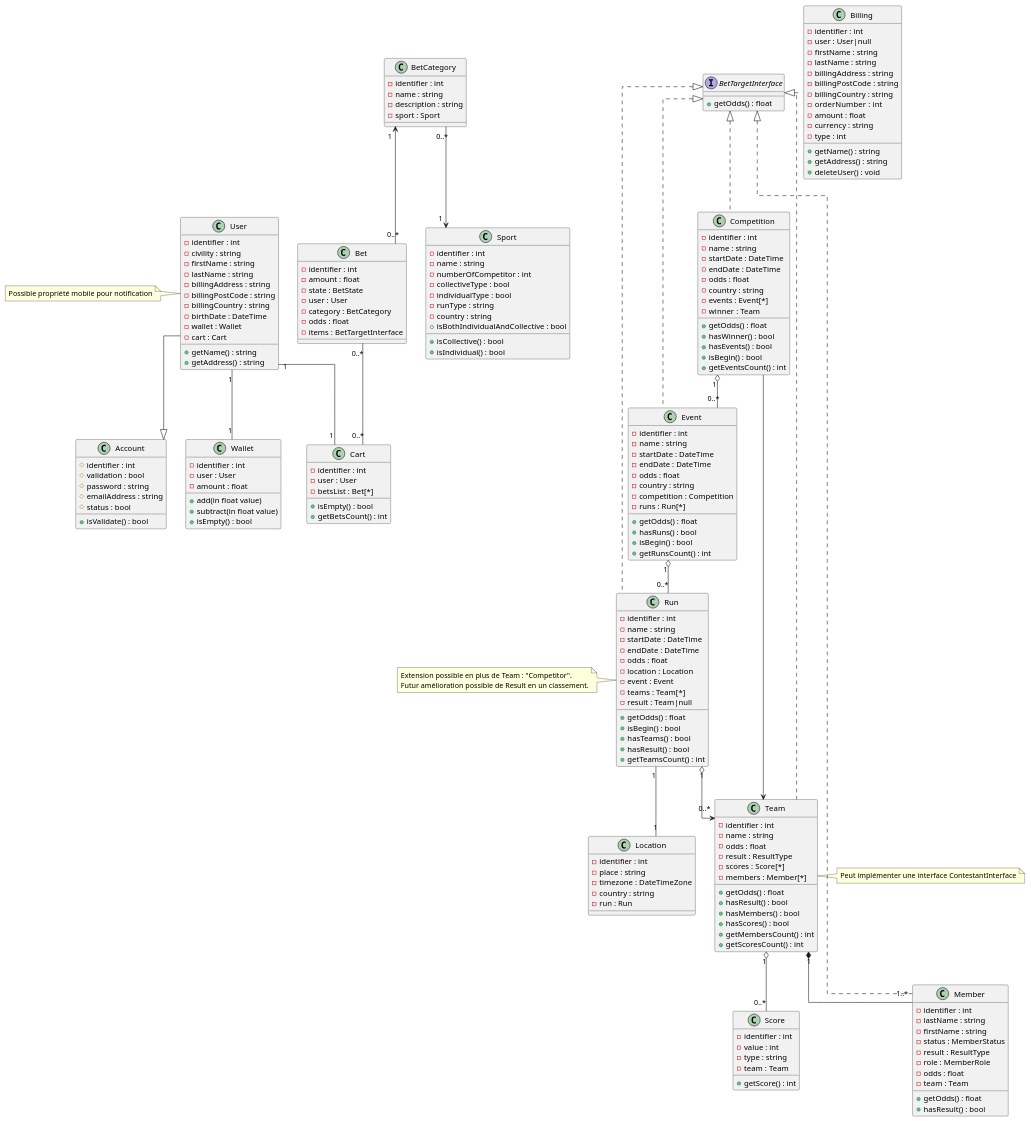
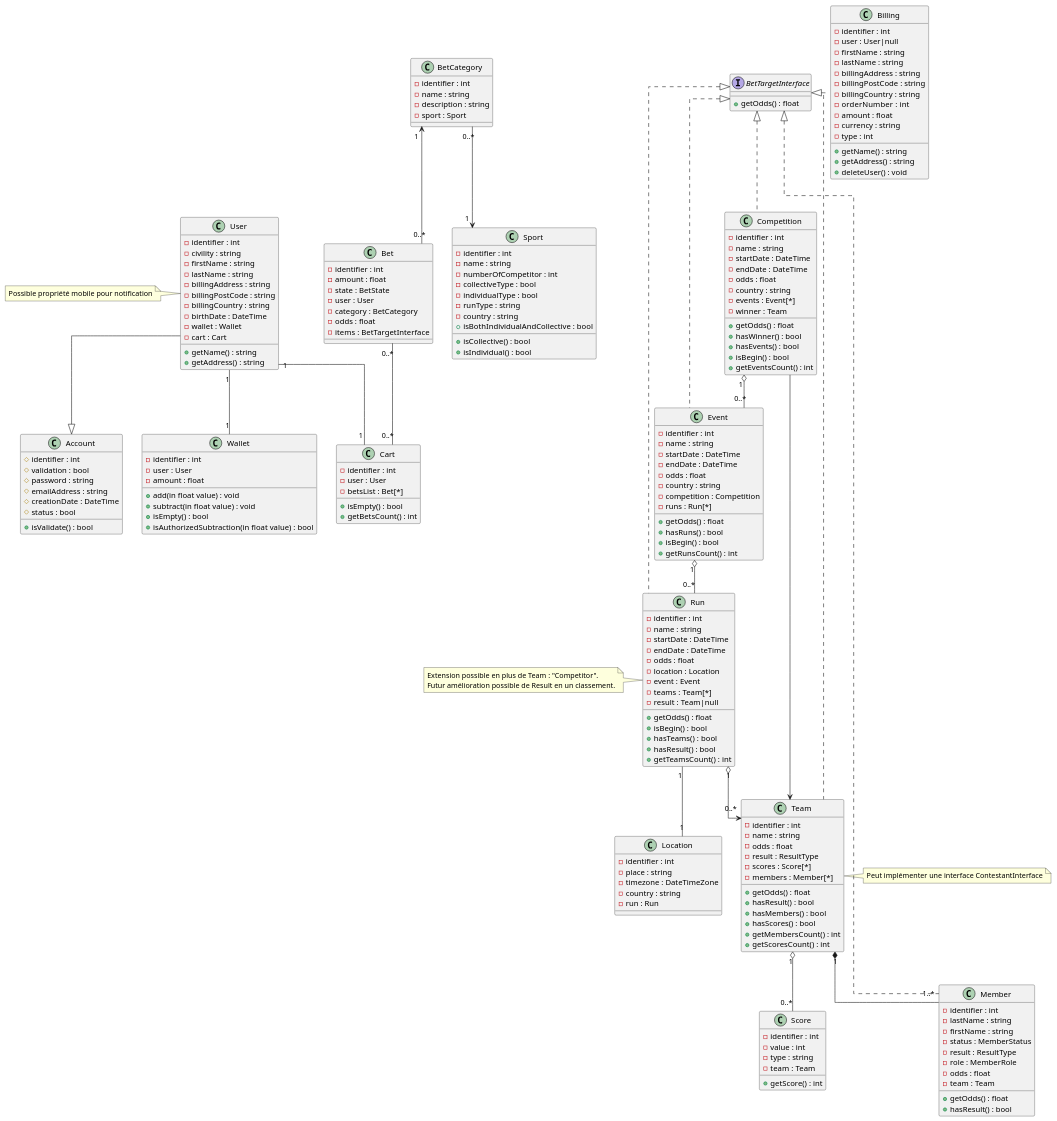
The diagram in Diagramme_de_classe.puml (OFP-CDA-Mulhouse-2020/parisportif5), drawn with PlantUML before and after one commit.

Commit message:
2020-11-12 - #3 - Oublie d'une méthode et d'une propriété

```diff
--- a/Diagramme_de_classe.puml
+++ b/Diagramme_de_classe.puml
@@ -26,9 +26,10 @@
         -identifier : int
         -user : User
         -amount : float
-        +add(in float value)
-        +subtract(in float value)
+        +add(in float value) : void
+        +subtract(in float value) : void
         +isEmpty() : bool
+        +isAuthorizedSubtraction(in float value) : bool
     }
     'Panier qui contient les paris sélectionnés
     class Cart {
@@ -48,6 +49,7 @@
         #validation : bool
         #password : string
         #emailAddress : string
+        #creationDate : DateTime
         #status : bool
         +isValidate() : bool
     }
```
